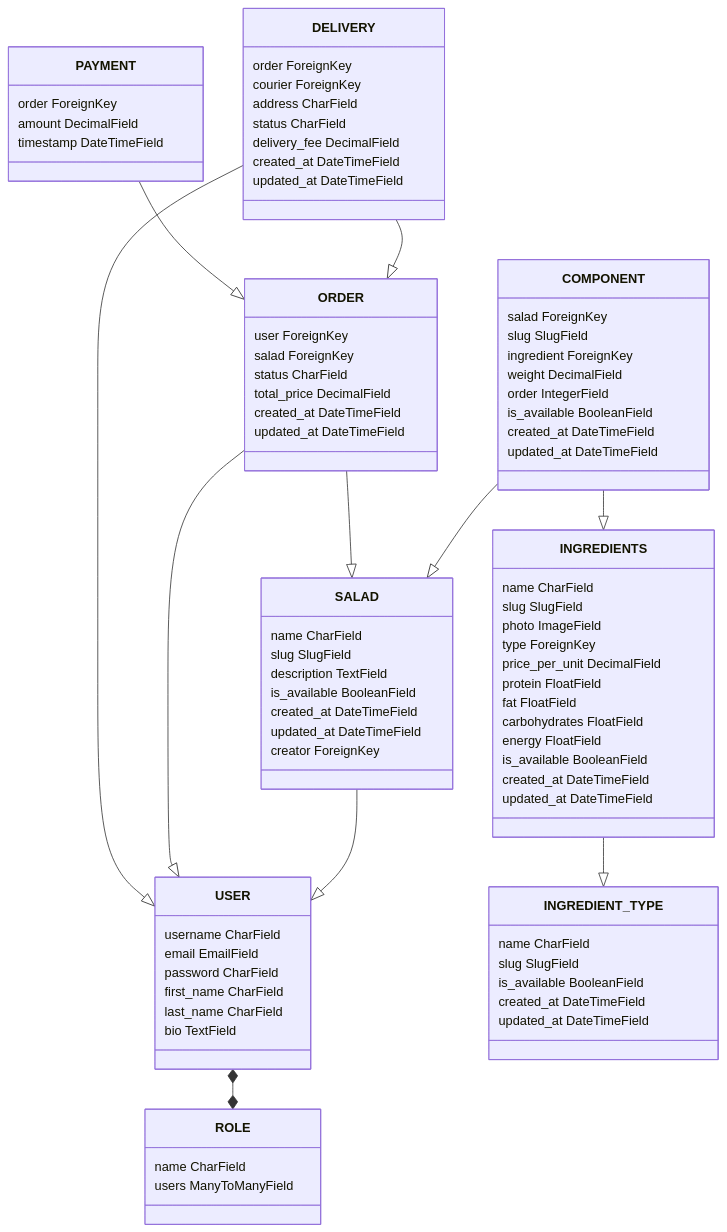
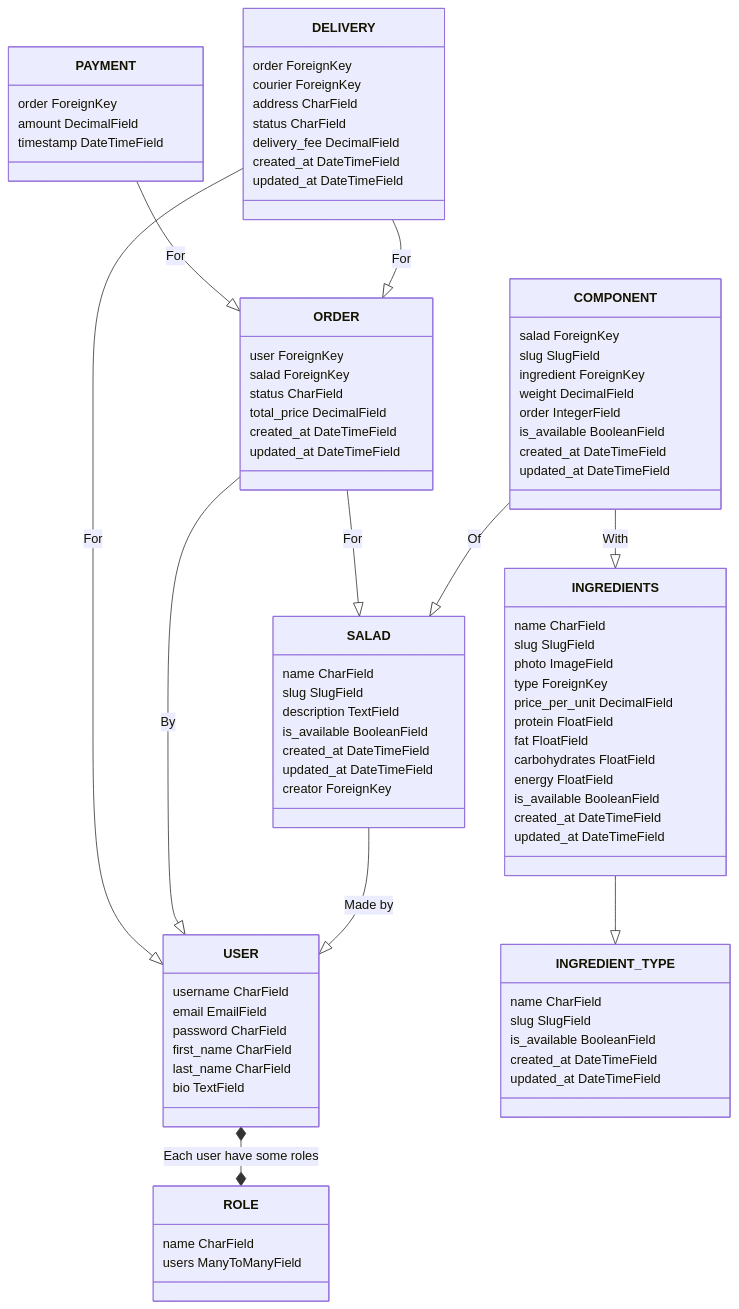
The first of 2 diagrams in README.md (ya-yura/salatik), drawn with Mermaid before and after one commit.

````diff
--- a/README.md
+++ b/README.md
@@ -162,14 +162,14 @@
         created_at DateTimeField
         updated_at DateTimeField
     }
-    PAYMENT --|> ORDER
-    DELIVERY --|> ORDER
-    DELIVERY --|> USER
-    ORDER --|> USER
-    ORDER --|> SALAD
-    COMPONENT --|> SALAD
-    COMPONENT --|> INGREDIENTS
-    SALAD --|> USER
+    PAYMENT --|> ORDER: For
+    DELIVERY --|> ORDER: For
+    DELIVERY --|> USER: For
+    ORDER --|> USER: By
+    ORDER --|> SALAD: For
+    COMPONENT --|> SALAD: Of
+    COMPONENT --|> INGREDIENTS: With
+    SALAD --|> USER: Made by
     INGREDIENTS --|> INGREDIENT_TYPE
-    USER *--* ROLE
+    USER *--* ROLE: Each user have some roles
 ```
````
